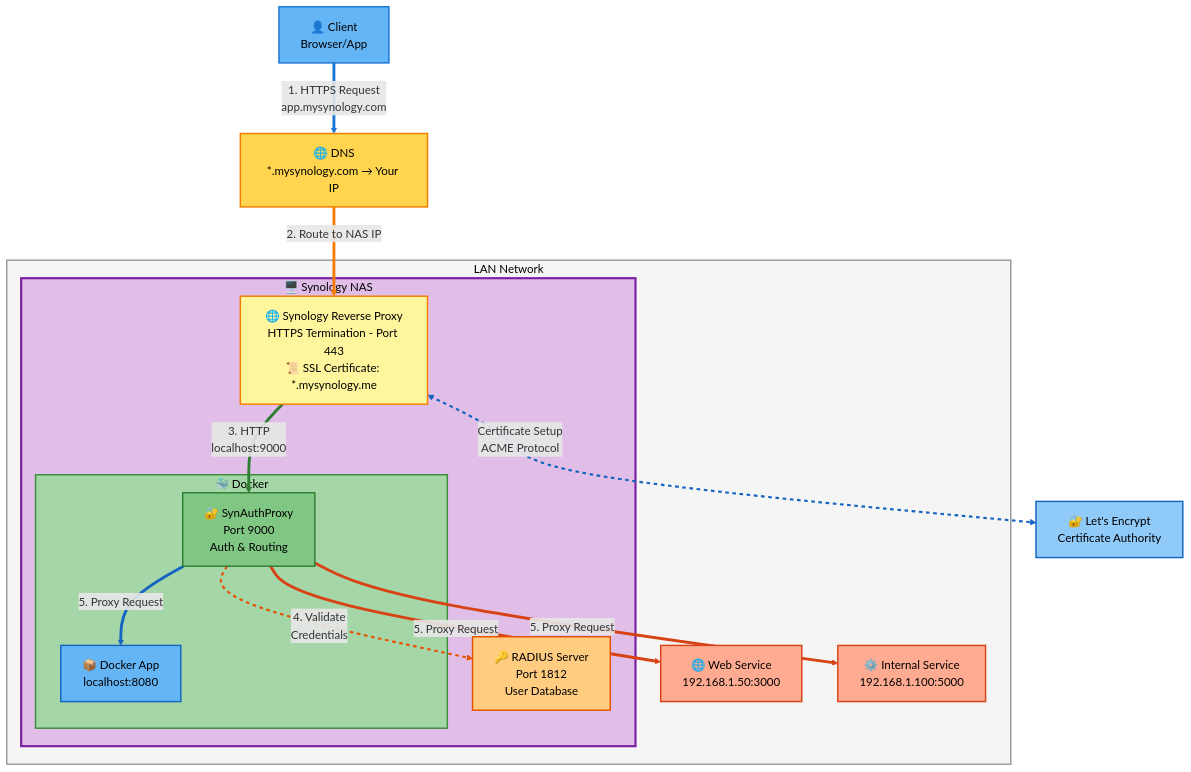
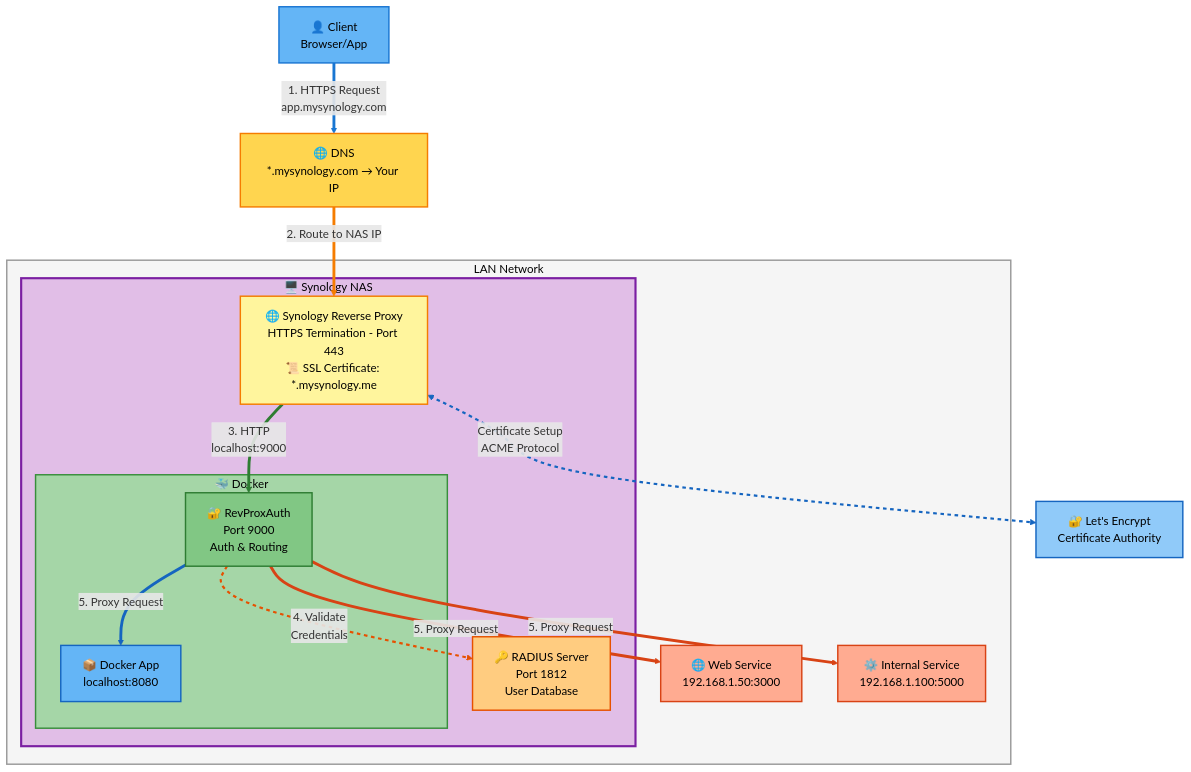
The diagram in README.md (okigan/revproxauth), drawn with Mermaid before and after one commit. The commit also changed other lines of this file and 35 other files, not shown here.

First line of the commit message:
Rename SynAuthProxy → RevProxAuth and add RevProxAuth app & assets

````diff
--- a/README.md
+++ b/README.md
@@ -43,52 +43,52 @@
 ```mermaid
 graph TB
     Client[👤 Client<br/>Browser/App]
     DNS[🌐 DNS<br/>*.mysynology.com → Your IP]
     LetsEncrypt[🔐 Let's Encrypt<br/>Certificate Authority]
     
     subgraph Lan[LAN Network]
         subgraph Synology["🖥️ Synology NAS"]
             ReverseProxy[🌐 Synology Reverse Proxy<br/>HTTPS Termination - Port 443<br/>📜 SSL Certificate: *.mysynology.me]
             RADIUS[🔑 RADIUS Server<br/>Port 1812<br/>User Database]
             
             subgraph Docker["🐳 Docker"]
-                SynAuth[🔐 SynAuthProxy<br/>Port 9000<br/>Auth & Routing]
+                SynAuth[🔐 RevProxAuth<br/>Port 9000<br/>Auth & Routing]
                 App1[📦 Docker App<br/>localhost:8080]
             end
         end
         
         App2[🌐 Web Service<br/>192.168.1.50:3000]
         App3[⚙️ Internal Service<br/>192.168.1.100:5000]
     end
     
     Client -->|1. HTTPS Request<br/>app.mysynology.com| DNS
     DNS -->|2. Route to NAS IP| ReverseProxy
     ReverseProxy <-.->|Certificate Setup<br/>ACME Protocol| LetsEncrypt
     ReverseProxy -->|3. HTTP<br/>localhost:9000| SynAuth
     SynAuth -.->|4. Validate<br/>Credentials| RADIUS
     SynAuth -->|5. Proxy Request| App1
     SynAuth -->|5. Proxy Request| App2
     SynAuth -->|5. Proxy Request| App3
     
     linkStyle 0 stroke:#1976D2,stroke-width:4px
     linkStyle 1 stroke:#F57C00,stroke-width:4px
     linkStyle 2 stroke:#1565C0,stroke-width:3px,stroke-dasharray:5
     linkStyle 3 stroke:#2E7D32,stroke-width:4px
     linkStyle 4 stroke:#E65100,stroke-width:3px,stroke-dasharray:5
     linkStyle 5 stroke:#1565C0,stroke-width:4px
     linkStyle 6 stroke:#D84315,stroke-width:4px
     linkStyle 7 stroke:#D84315,stroke-width:4px
     
     style Client fill:#64B5F6,stroke:#1976D2,stroke-width:2px,color:#000
     style DNS fill:#FFD54F,stroke:#F57C00,stroke-width:2px,color:#000
     style LetsEncrypt fill:#90CAF9,stroke:#1565C0,stroke-width:2px,color:#000
     style Synology fill:#E1BEE7,stroke:#7B1FA2,stroke-width:3px,color:#000
     style Lan fill:#f5f5f5,stroke:#999,stroke-width:2px,color:#000
     style Docker fill:#A5D6A7,stroke:#388E3C,stroke-width:2px,color:#000
     style ReverseProxy fill:#FFF59D,stroke:#F57C00,stroke-width:2px,color:#000
     style SynAuth fill:#81C784,stroke:#2E7D32,stroke-width:2px,color:#000
     style RADIUS fill:#FFCC80,stroke:#E65100,stroke-width:2px,color:#000
     style App1 fill:#64B5F6,stroke:#1565C0,stroke-width:2px,color:#000
     style App2 fill:#FFAB91,stroke:#D84315,stroke-width:2px,color:#000
     style App3 fill:#FFAB91,stroke:#D84315,stroke-width:2px,color:#000
 ```
````
